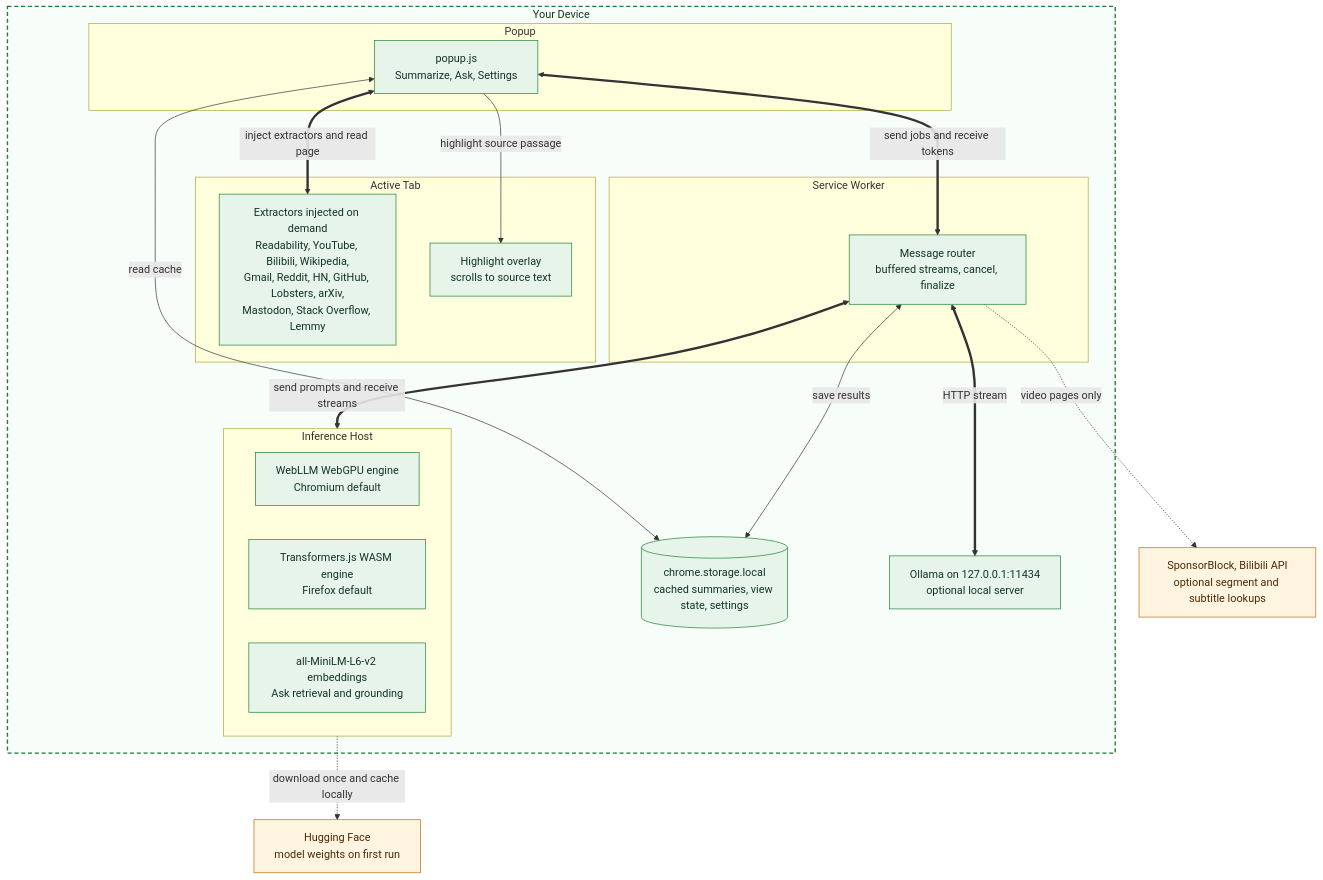
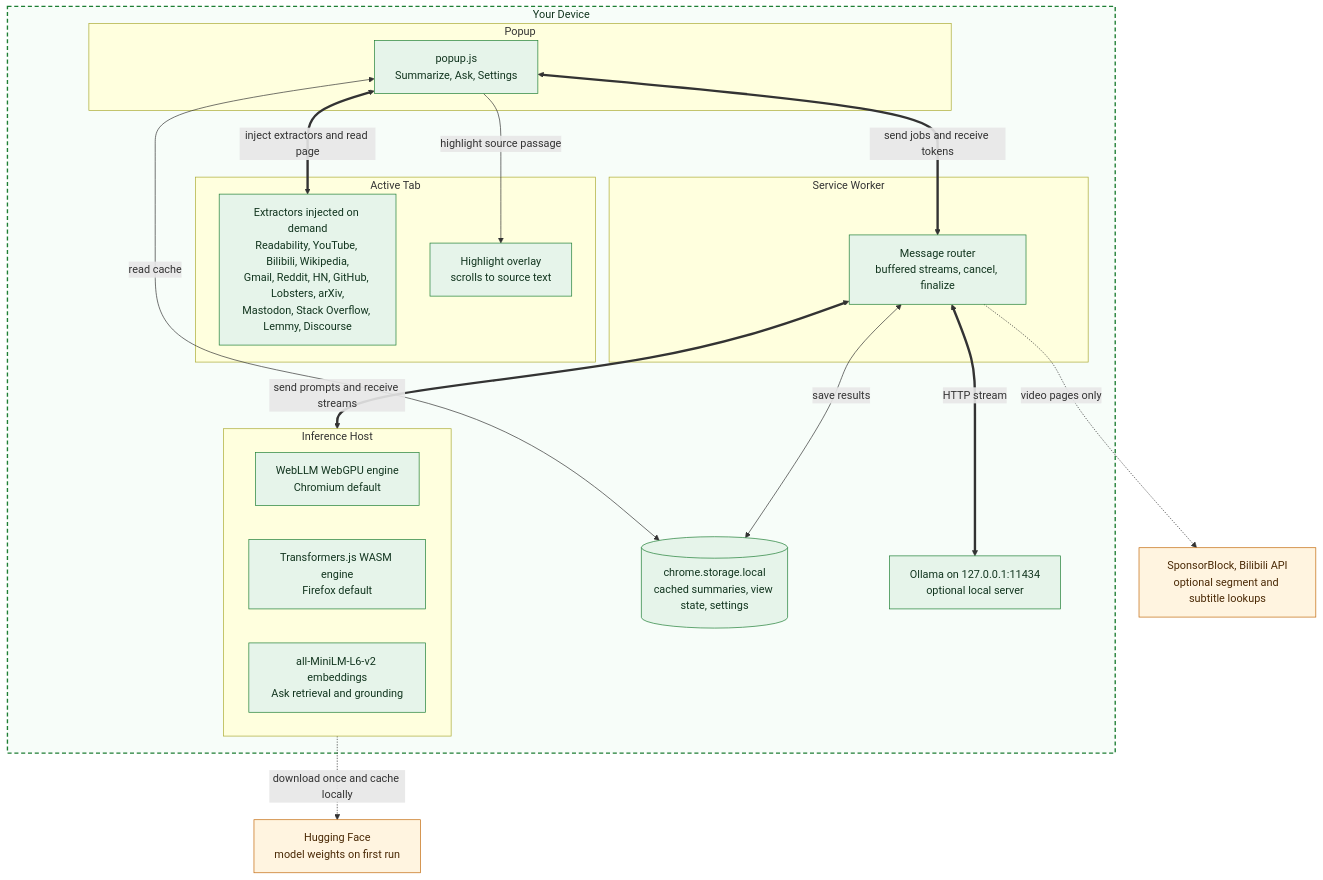
The first of 2 diagrams in ARCHITECTURE.md (MayurK-cmd/apogee), drawn with Mermaid before and after one commit. The commit also changed 9 other files, not shown here.

Commit message:
feat(extractors): add Discourse forum extractor (#33)

````diff
--- a/ARCHITECTURE.md
+++ b/ARCHITECTURE.md
@@ -34,46 +34,46 @@
 ```mermaid
 flowchart TD
     subgraph device["Your Device"]
         subgraph page["Active Tab"]
-            EX["Extractors injected on demand<br/>Readability, YouTube, Bilibili, Wikipedia,<br/>Gmail, Reddit, HN, GitHub, Lobsters, arXiv,<br/>Mastodon, Stack Overflow, Lemmy"]
+            EX["Extractors injected on demand<br/>Readability, YouTube, Bilibili, Wikipedia,<br/>Gmail, Reddit, HN, GitHub, Lobsters, arXiv,<br/>Mastodon, Stack Overflow, Lemmy, Discourse"]
             HL["Highlight overlay<br/>scrolls to source text"]
         end
 
         subgraph ui["Popup"]
             POPUP["popup.js<br/>Summarize, Ask, Settings"]
         end
 
         subgraph bg["Service Worker"]
             ROUTER["Message router<br/>buffered streams, cancel, finalize"]
         end
 
         subgraph host["Inference Host"]
             WEBLLM["WebLLM WebGPU engine<br/>Chromium default"]
             TJS["Transformers.js WASM engine<br/>Firefox default"]
             EMB["all-MiniLM-L6-v2 embeddings<br/>Ask retrieval and grounding"]
         end
 
         STORE[("chrome.storage.local<br/>cached summaries, view state, settings")]
         OLLAMA["Ollama on 127.0.0.1:11434<br/>optional local server"]
     end
 
     HF["Hugging Face<br/>model weights on first run"]
     APIS["SponsorBlock, Bilibili API<br/>optional segment and subtitle lookups"]
 
     POPUP <==>|"inject extractors and read page"| EX
     POPUP -->|"highlight source passage"| HL
     POPUP <==>|"send jobs and receive tokens"| ROUTER
     ROUTER <==>|"send prompts and receive streams"| host
     ROUTER <==>|"HTTP stream"| OLLAMA
     POPUP <-->|"read cache"| STORE
     ROUTER <-->|"save results"| STORE
 
     host -.->|"download once and cache locally"| HF
     ROUTER -.->|"video pages only"| APIS
 
     classDef local fill:#e6f4ea,stroke:#1e7e34,color:#12351f
     classDef remote fill:#fff4e0,stroke:#c2680a,color:#4a2905
     class EX,HL,POPUP,ROUTER,STORE,WEBLLM,TJS,EMB,OLLAMA local
     class HF,APIS remote
     style device fill:#f7fdf9,stroke:#1e7e34,stroke-width:2px,stroke-dasharray:6 4,color:#12351f
 ```
````
